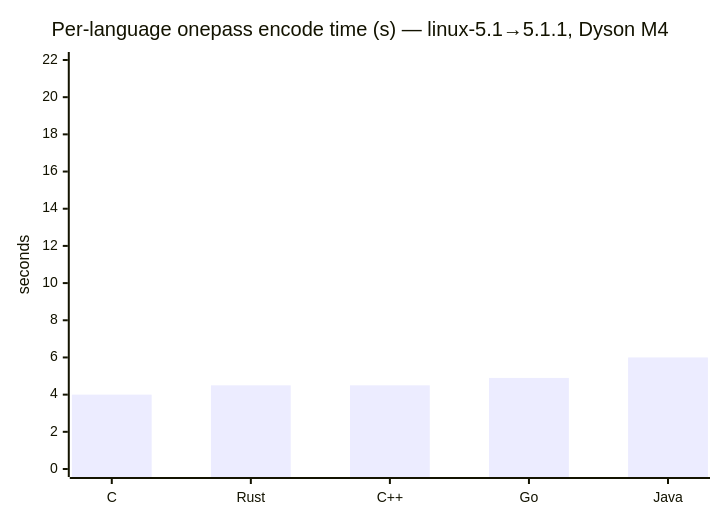
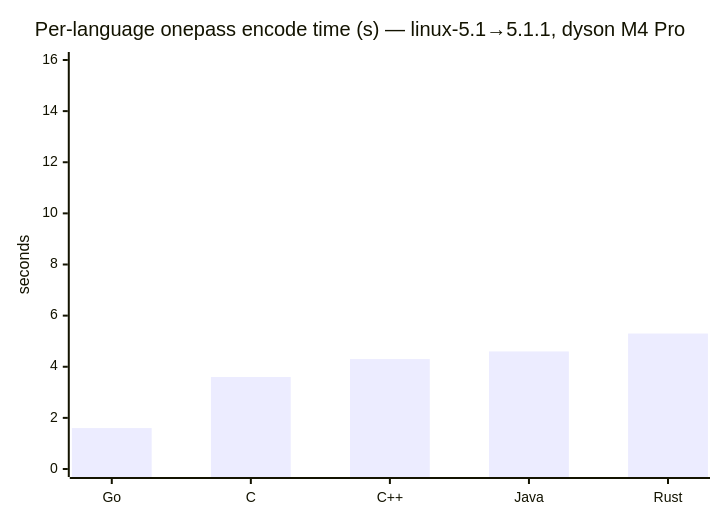
One commit to darrelllong/Delta-Compression changed the first of 10 diagrams in ANALYSIS.md. Above: the diagram before and after it, drawn with Mermaid. The commit also changed other lines of this file and 7 other files, not shown here.

````diff
--- a/ANALYSIS.md
+++ b/ANALYSIS.md
@@ -399,7 +408,7 @@
 ```mermaid
 xychart-beta
-    title "Per-language onepass encode time (s) — linux-5.1→5.1.1, Dyson M4"
-    x-axis ["C", "Rust", "C++", "Go", "Java"]
-    y-axis "seconds" 0 --> 22
-    bar [4.0, 4.5, 4.5, 4.9, 6.0]
+    title "Per-language onepass encode time (s) — linux-5.1→5.1.1, dyson M4 Pro"
+    x-axis ["Go", "C", "C++", "Java", "Rust"]
+    y-axis "seconds" 0 --> 16
+    bar [1.6, 3.6, 4.3, 4.6, 5.3]
 ```
````
